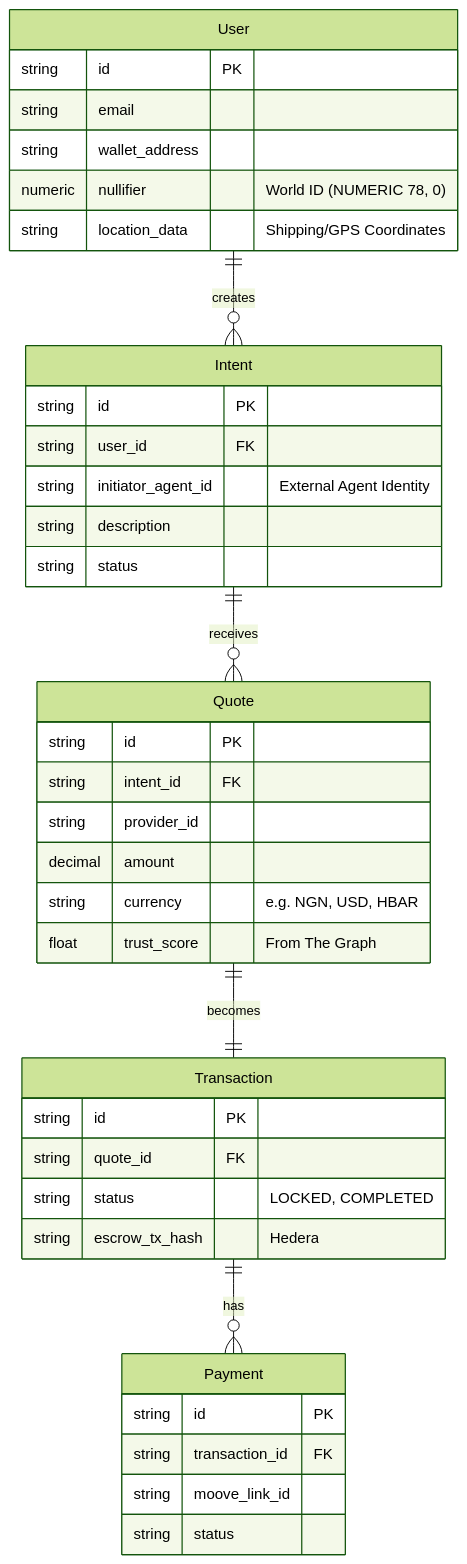
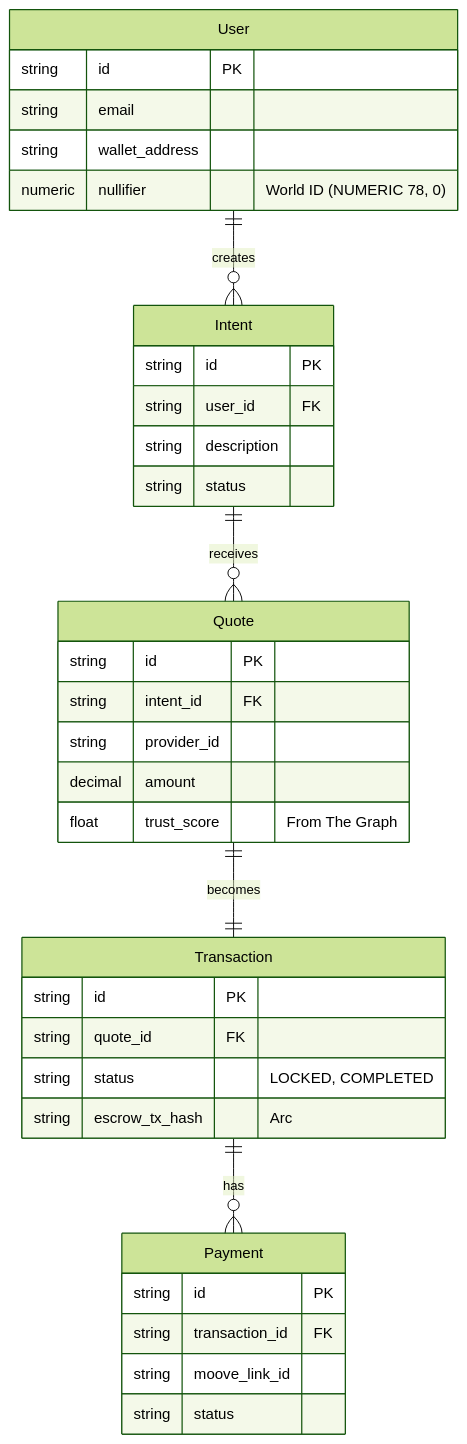
One commit to Soar-On-Technologies-Global-Concept-Ltd/ETHOnline-Startup changed the first of 2 diagrams in Intentra_Architecture_Docs/01_System_Architecture.md. Above: the diagram before and after it, drawn with Mermaid (forest theme). The commit also changed other lines of this file and 10 other files, not shown here.

Commit message:
refactor: migrate payment infrastructure from Hedera to Arc and remove legacy domain models

````diff
--- a/Intentra_Architecture_Docs/01_System_Architecture.md
+++ b/Intentra_Architecture_Docs/01_System_Architecture.md
@@ -19,41 +19,38 @@
 ```mermaid
 erDiagram
     User ||--o{ Intent : creates
     User {
         string id PK
         string email
         string wallet_address
         numeric nullifier "World ID (NUMERIC 78, 0)"
-        string location_data "Shipping/GPS Coordinates"
     }
     Intent ||--o{ Quote : receives
     Intent {
         string id PK
         string user_id FK
-        string initiator_agent_id "External Agent Identity"
         string description
         string status
     }
     Quote ||--|| Transaction : becomes
     Quote {
         string id PK
         string intent_id FK
         string provider_id
         decimal amount
-        string currency "e.g. NGN, USD, HBAR"
         float trust_score "From The Graph"
     }
     Transaction ||--o{ Payment : has
     Transaction {
         string id PK
         string quote_id FK
         string status "LOCKED, COMPLETED"
-        string escrow_tx_hash "Hedera"
+        string escrow_tx_hash "Arc"
     }
     Payment {
         string id PK
         string transaction_id FK
         string moove_link_id
         string status
     }
 ```
````
